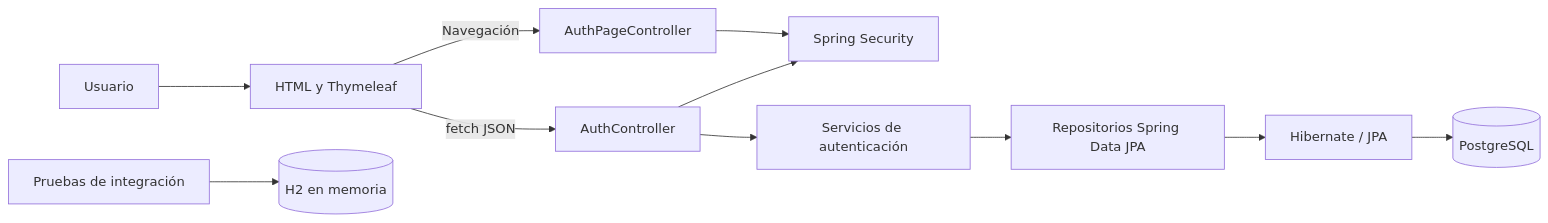
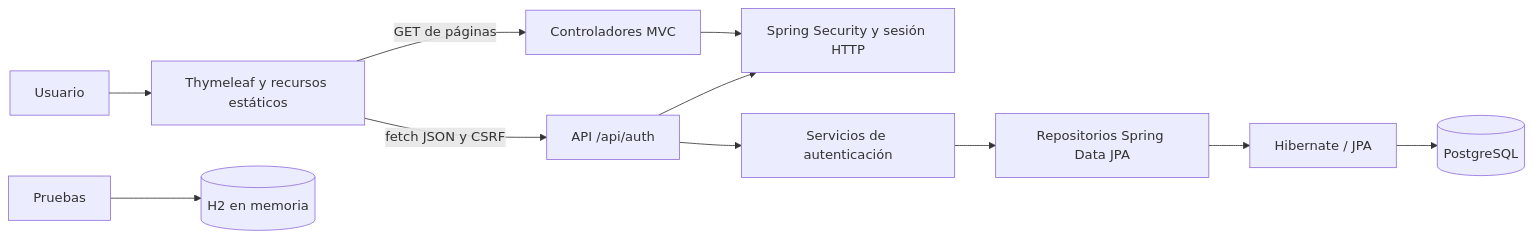
The diagram in README.md (Nxj-Os/siweb-eclipse), drawn with Mermaid before and after one commit. The commit also changed other lines of this file and 47 other files, not shown here.

````diff
--- a/README.md
+++ b/README.md
@@ -42,13 +46,13 @@
 ```mermaid
 flowchart LR
-    U[Usuario] --> W[HTML y Thymeleaf]
-    W -->|Navegación| MVC[AuthPageController]
-    W -->|fetch JSON| API[AuthController]
-    MVC --> SEC[Spring Security]
+    U[Usuario] --> UI[Thymeleaf y recursos estáticos]
+    UI -->|GET de páginas| MVC[Controladores MVC]
+    UI -->|fetch JSON y CSRF| API[API /api/auth]
+    MVC --> SEC[Spring Security y sesión HTTP]
     API --> SEC
     API --> S[Servicios de autenticación]
     S --> R[Repositorios Spring Data JPA]
     R --> J[Hibernate / JPA]
     J --> DB[(PostgreSQL)]
-    T[Pruebas de integración] --> H2[(H2 en memoria)]
+    T[Pruebas] --> H2[(H2 en memoria)]
 ```
````
